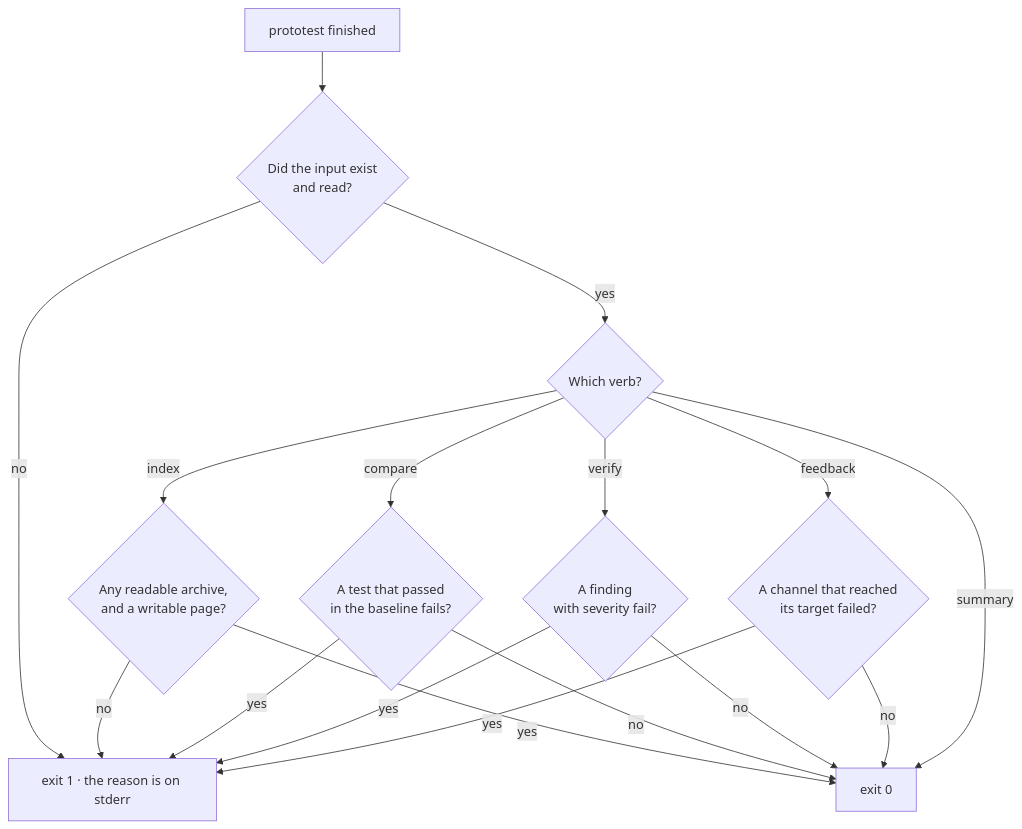
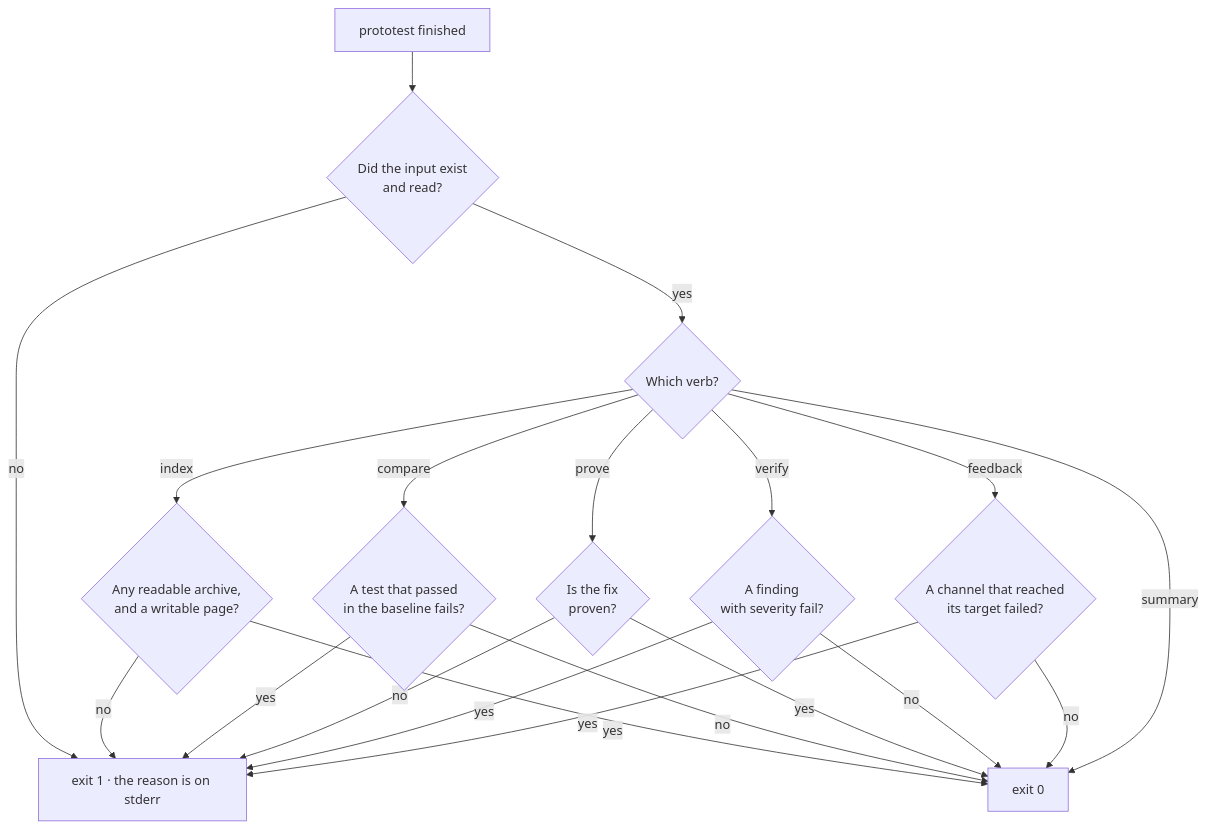
One commit to MSeys/ProtoTest changed the diagram in docs/docs/agent-workflows/cli.md. Above: the diagram before and after it, drawn with Mermaid. The commit also changed other lines of this file and 17 other files, not shown here.

````diff
--- a/docs/docs/agent-workflows/cli.md
+++ b/docs/docs/agent-workflows/cli.md
@@ -250,19 +278,22 @@
 ```mermaid
 flowchart TD
     start["prototest finished"] --> input{"Did the input exist<br/>and read?"}
     input -->|"no"| one["exit 1 · the reason is on stderr"]
     input -->|"yes"| verb{"Which verb?"}
     verb -->|"index"| idx{"Any readable archive,<br/>and a writable page?"}
     idx -->|"no"| one
     idx -->|"yes"| zero["exit 0"]
     verb -->|"compare"| broke{"A test that passed<br/>in the baseline fails?"}
     broke -->|"yes"| one
     broke -->|"no"| zero
+    verb -->|"prove"| proven{"Is the fix<br/>proven?"}
+    proven -->|"no"| one
+    proven -->|"yes"| zero
     verb -->|"verify"| verdict{"A finding<br/>with severity fail?"}
     verdict -->|"yes"| one
     verdict -->|"no"| zero
     verb -->|"feedback"| channel{"A channel that reached<br/>its target failed?"}
     channel -->|"yes"| one
     channel -->|"no"| zero
     verb -->|"summary"| zero
 ```
````
